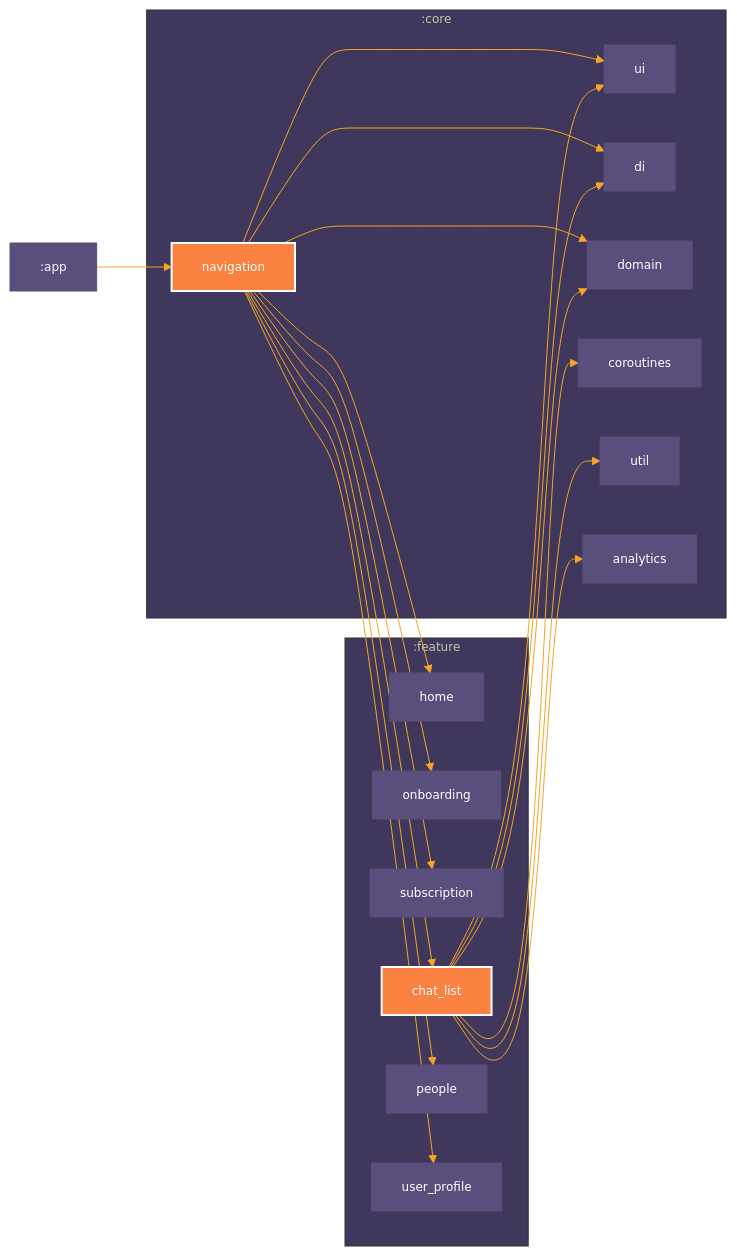
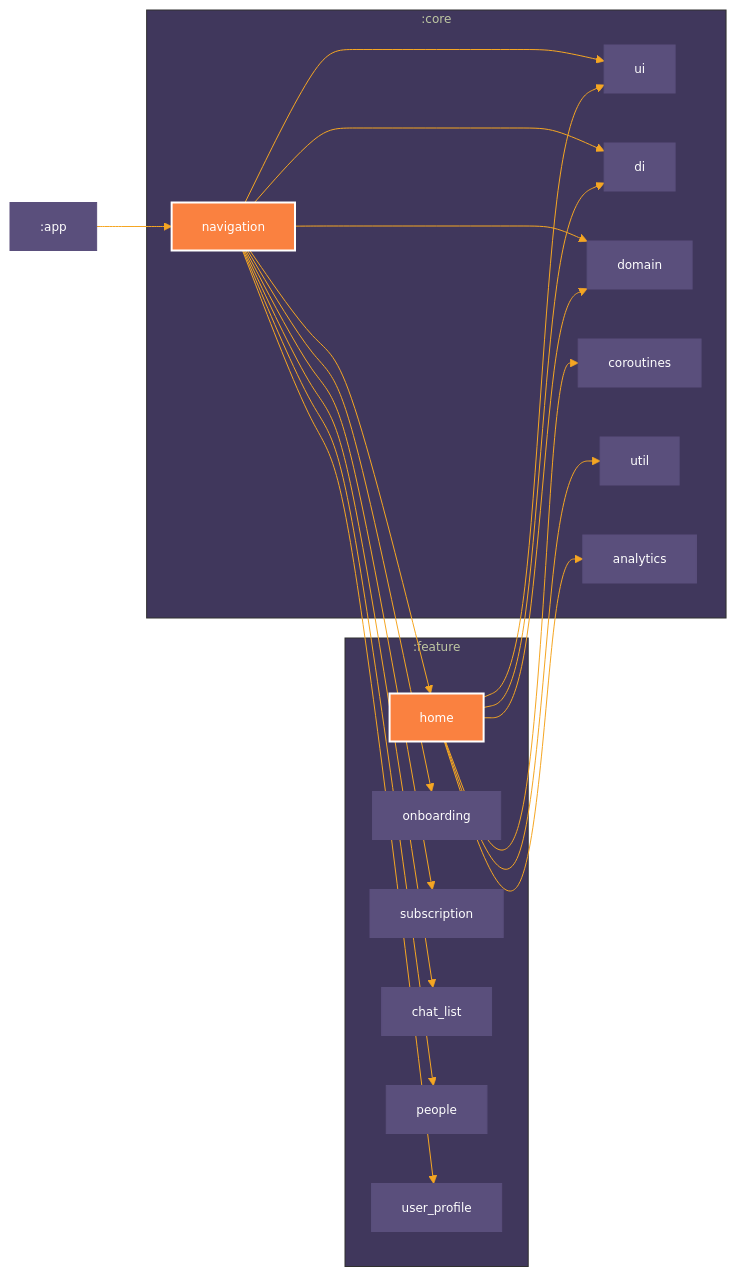
The diagram in README.md (mobiledevpro/closetalk.app), drawn with Mermaid before and after one commit. The commit also changed 1 other file, not shown here.

Commit message:
Focus on module Home

````diff
--- a/README.md
+++ b/README.md
@@ -75,47 +75,47 @@
 ```mermaid
 %%{
   init: {
     'theme': 'base',
     'themeVariables': {"primaryTextColor":"#fff","primaryColor":"#5a4f7c","primaryBorderColor":"#5a4f7c","lineColor":"#f5a623","tertiaryColor":"#40375c","fontSize":"12px"}
   }
 }%%
 
 graph LR
   subgraph :core
     :core:navigation["navigation"]
     :core:ui["ui"]
     :core:di["di"]
     :core:domain["domain"]
     :core:coroutines["coroutines"]
     :core:util["util"]
     :core:analytics["analytics"]
   end
   subgraph :feature
     :feature:home["home"]
     :feature:onboarding["onboarding"]
     :feature:subscription["subscription"]
     :feature:chat_list["chat_list"]
     :feature:people["people"]
     :feature:user_profile["user_profile"]
   end
   :core:navigation --> :core:ui
   :core:navigation --> :core:di
   :core:navigation --> :core:domain
   :core:navigation --> :feature:home
   :core:navigation --> :feature:onboarding
   :core:navigation --> :feature:subscription
   :core:navigation --> :feature:chat_list
   :core:navigation --> :feature:people
   :core:navigation --> :feature:user_profile
-  :feature:chat_list --> :core:ui
-  :feature:chat_list --> :core:di
-  :feature:chat_list --> :core:domain
-  :feature:chat_list --> :core:coroutines
-  :feature:chat_list --> :core:util
-  :feature:chat_list --> :core:analytics
   :app --> :core:navigation
+  :feature:home --> :core:ui
+  :feature:home --> :core:di
+  :feature:home --> :core:domain
+  :feature:home --> :core:coroutines
+  :feature:home --> :core:util
+  :feature:home --> :core:analytics
 
 classDef focus fill:#FA8140,stroke:#fff,stroke-width:2px,color:#fff;
 class :core:navigation focus
-class :feature:chat_list focus
+class :feature:home focus
 ```
````
